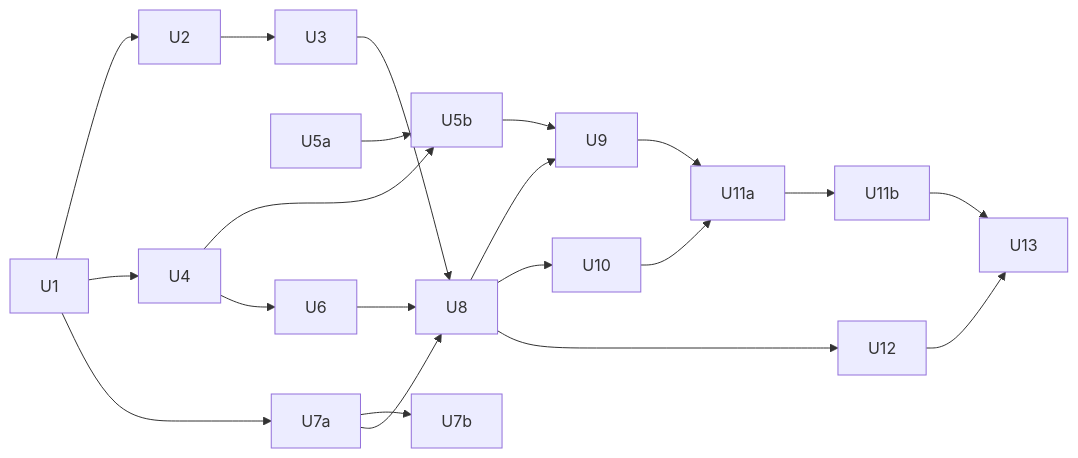
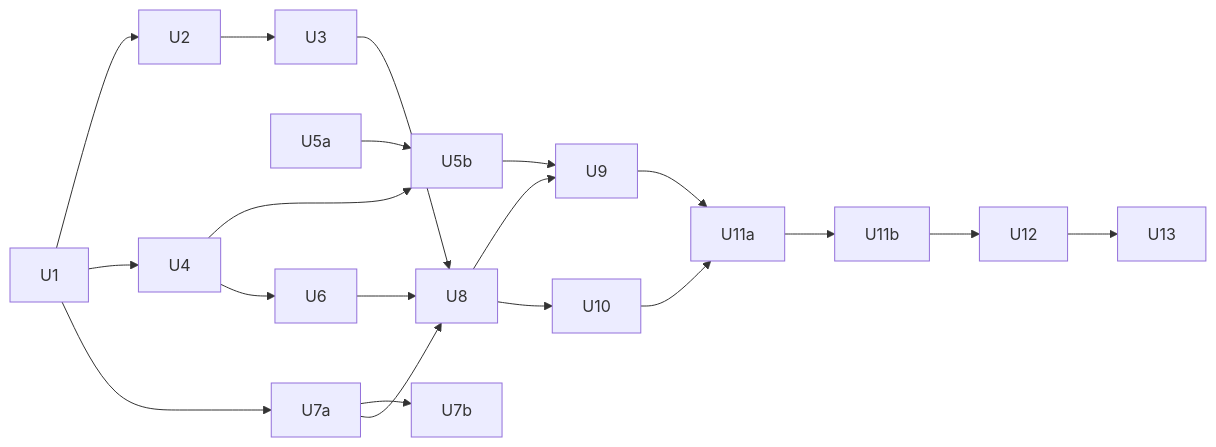
One commit to devbasex/ai-plugins changed the diagram in issues/issue-3604-3864-plan.md. Above: the diagram before and after it, drawn with Mermaid. The commit also changed other lines of this file and 4 other files, not shown here.

````diff
--- a/issues/issue-3604-3864-plan.md
+++ b/issues/issue-3604-3864-plan.md
@@ -232,19 +232,17 @@
 ```mermaid
 flowchart LR
   U1 --> U2 --> U3
   U1 --> U4 --> U5b
   U5a --> U5b
   U4 --> U6
   U1 --> U7a --> U7b
   U3 --> U8
   U6 --> U8
   U7a --> U8
   U8 --> U9
   U5b --> U9
   U8 --> U10
   U9 --> U11a --> U11b
   U10 --> U11a
-  U8 --> U12
-  U11b --> U13
-  U12 --> U13
+  U11b --> U12 --> U13
 ```
````
